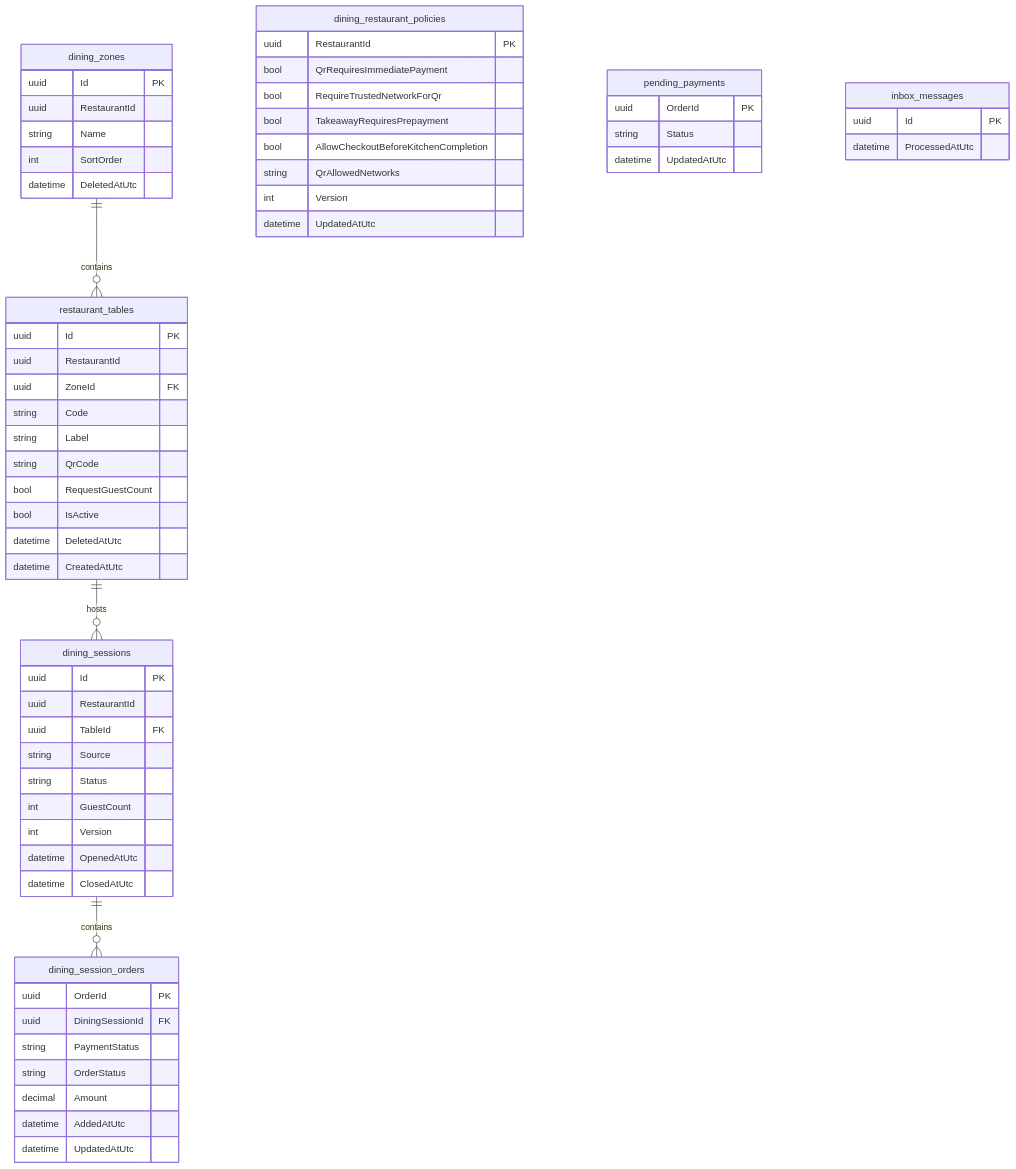
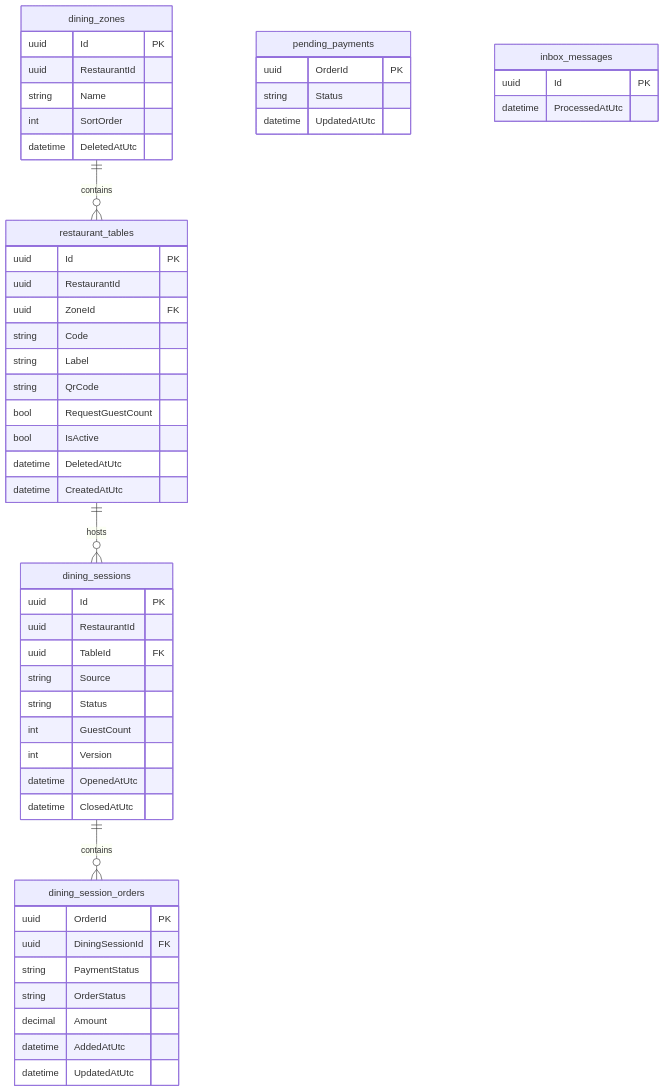
One commit to sergioocode/Restaurantes changed the fourth of 5 diagrams in docs/Dining.README.md. Above: the diagram before and after it, drawn with Mermaid. The commit also changed other lines of this file and 53 other files, not shown here.

````diff
--- a/docs/Dining.README.md
+++ b/docs/Dining.README.md
@@ -548,71 +524,60 @@
 ```mermaid
 erDiagram
     dining_zones ||--o{ restaurant_tables : contains
     restaurant_tables ||--o{ dining_sessions : hosts
     dining_sessions ||--o{ dining_session_orders : contains
 
     dining_zones {
         uuid Id PK
         uuid RestaurantId
         string Name
         int SortOrder
         datetime DeletedAtUtc
     }
 
     restaurant_tables {
         uuid Id PK
         uuid RestaurantId
         uuid ZoneId FK
         string Code
         string Label
         string QrCode
         bool RequestGuestCount
         bool IsActive
         datetime DeletedAtUtc
         datetime CreatedAtUtc
-    }
-
-    dining_restaurant_policies {
-        uuid RestaurantId PK
-        bool QrRequiresImmediatePayment
-        bool RequireTrustedNetworkForQr
-        bool TakeawayRequiresPrepayment
-        bool AllowCheckoutBeforeKitchenCompletion
-        string QrAllowedNetworks
-        int Version
-        datetime UpdatedAtUtc
     }
 
     dining_sessions {
         uuid Id PK
         uuid RestaurantId
         uuid TableId FK
         string Source
         string Status
         int GuestCount
         int Version
         datetime OpenedAtUtc
         datetime ClosedAtUtc
     }
 
     dining_session_orders {
         uuid OrderId PK
         uuid DiningSessionId FK
         string PaymentStatus
         string OrderStatus
         decimal Amount
         datetime AddedAtUtc
         datetime UpdatedAtUtc
     }
 
     pending_payments {
         uuid OrderId PK
         string Status
         datetime UpdatedAtUtc
     }
 
     inbox_messages {
         uuid Id PK
         datetime ProcessedAtUtc
     }
 ```
````
